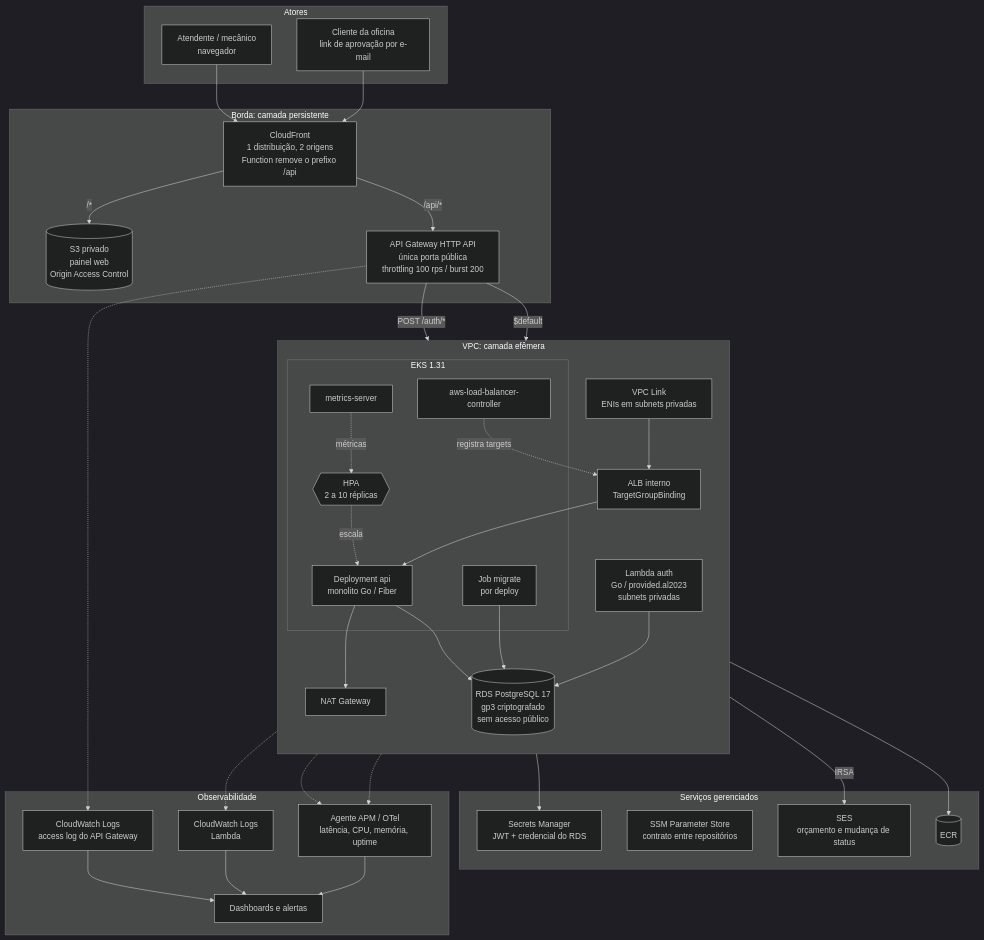
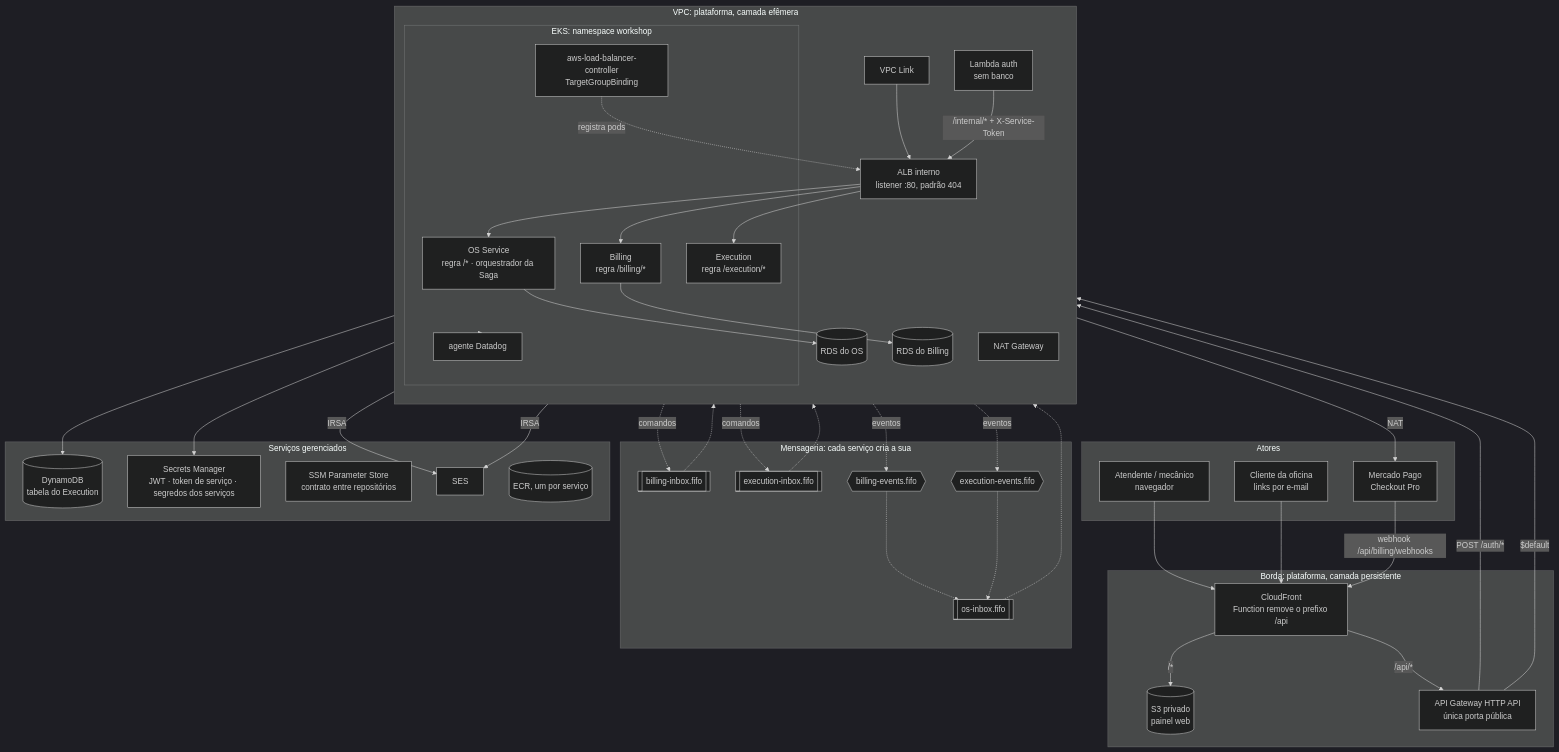
Before and after one commit to SOAT-15-Oficina/oficina-mecanica-infrastructure: the diagram in docs/diagramas/componentes.md, drawn with Mermaid (dark theme). The commit also changed other lines of this file and 4 other files, not shown here.

First line of the commit message:
Atualiza README e diagramas para a plataforma da Fase 4

````diff
--- a/docs/diagramas/componentes.md
+++ b/docs/diagramas/componentes.md
@@ -12,69 +13,82 @@
 ```mermaid
 flowchart TB
     subgraph clientes [Atores]
         OP[Atendente / mecânico<br/>navegador]
-        CLI[Cliente da oficina<br/>link de aprovação por e-mail]
+        CLI[Cliente da oficina<br/>links por e-mail]
+        MP[Mercado Pago<br/>Checkout Pro]
     end
 
-    subgraph edge [Borda: camada persistente]
-        CF[CloudFront<br/>1 distribuição, 2 origens<br/>Function remove o prefixo /api]
-        S3[(S3 privado<br/>painel web<br/>Origin Access Control)]
-        GW[API Gateway HTTP API<br/>única porta pública<br/>throttling 100 rps / burst 200]
+    subgraph edge [Borda: plataforma, camada persistente]
+        CF[CloudFront<br/>Function remove o prefixo /api]
+        S3[(S3 privado<br/>painel web)]
+        GW[API Gateway HTTP API<br/>única porta pública]
     end
 
-    subgraph vpc [VPC: camada efêmera]
+    subgraph vpc [VPC: plataforma, camada efêmera]
         direction TB
-        LINK[VPC Link<br/>ENIs em subnets privadas]
-        ALB[ALB interno<br/>TargetGroupBinding]
+        LINK[VPC Link]
+        ALB[ALB interno<br/>listener :80, padrão 404]
+        LMB[Lambda auth<br/>sem banco]
 
-        subgraph eks [EKS 1.31]
-            HPA{{HPA<br/>2 a 10 réplicas}}
-            POD[Deployment api<br/>monolito Go / Fiber]
-            JOB[Job migrate<br/>por deploy]
-            MS[metrics-server]
-            LBC[aws-load-balancer-controller]
+        subgraph eks [EKS: namespace workshop]
+            OSS[OS Service<br/>regra /* · orquestrador da Saga]
+            BIL[Billing<br/>regra /billing/*]
+            EXE[Execution<br/>regra /execution/*]
+            LBC[aws-load-balancer-controller<br/>TargetGroupBinding]
+            DDA[agente Datadog]
         end
 
-        LMB[Lambda auth<br/>Go / provided.al2023<br/>subnets privadas]
-        RDS[(RDS PostgreSQL 17<br/>gp3 criptografado<br/>sem acesso público)]
+        RDSO[(RDS do OS)]
+        RDSB[(RDS do Billing)]
         NAT[NAT Gateway]
     end
 
-    subgraph aws [Serviços gerenciados]
-        SM[Secrets Manager<br/>JWT + credencial do RDS]
-        SSM[SSM Parameter Store<br/>contrato entre repositórios]
-        SES[SES<br/>orçamento e mudança de status]
-        ECR[(ECR)]
+    subgraph msg [Mensageria: cada serviço cria a sua]
+        QO[[os-inbox.fifo]]
+        QB[[billing-inbox.fifo]]
+        QE[[execution-inbox.fifo]]
+        TB{{billing-events.fifo}}
+        TE{{execution-events.fifo}}
     end
 
-    subgraph obs [Observabilidade]
-        CWAPI[CloudWatch Logs<br/>access log do API Gateway]
-        CWLMB[CloudWatch Logs<br/>Lambda]
-        APM[Agente APM / OTel<br/>latência, CPU, memória, uptime]
-        DASH[Dashboards e alertas]
+    subgraph aws [Serviços gerenciados]
+        DDB[(DynamoDB<br/>tabela do Execution)]
+        SM[Secrets Manager<br/>JWT · token de serviço · segredos dos serviços]
+        SSM[SSM Parameter Store<br/>contrato entre repositórios]
+        SES[SES]
+        ECR[(ECR, um por serviço)]
     end
 
     OP --> CF
     CLI --> CF
     CF -->|/*| S3
     CF -->|/api/*| GW
     GW -->|POST /auth/*| LMB
-    GW -->|$default| LINK --> ALB --> POD
-    HPA -.escala.-> POD
-    MS -.métricas.-> HPA
-    LBC -.registra targets.-> ALB
-    JOB --> RDS
-    LMB --> RDS
-    POD --> RDS
+    GW -->|$default| LINK --> ALB
+    MP -->|webhook /api/billing/webhooks| CF
+    ALB --> OSS
+    ALB --> BIL
+    ALB --> EXE
+    LMB -->|"/internal/* + X-Service-Token"| ALB
+    LBC -.registra pods.-> ALB
+
+    OSS --> RDSO
+    BIL --> RDSB
+    EXE --> DDB
+    BIL -->|NAT| MP
+    OSS -->|IRSA| SES
+    BIL -->|IRSA| SES
+
+    OSS -.comandos.-> QB
+    OSS -.comandos.-> QE
+    BIL -.eventos.-> TB
+    EXE -.eventos.-> TE
+    TB -.-> QO
+    TE -.-> QO
+    QO -.-> OSS
+    QB -.-> BIL
+    QE -.-> EXE
+
     LMB --> SM
-    POD -->|IRSA| SES
-    POD --> NAT --> ECR
-
-    GW -.-> CWAPI
-    LMB -.-> CWLMB
-    POD -.-> APM
-    eks -.-> APM
-    CWAPI --> DASH
-    CWLMB --> DASH
-    APM --> DASH
+    eks -.-> DDA
 ```
````
